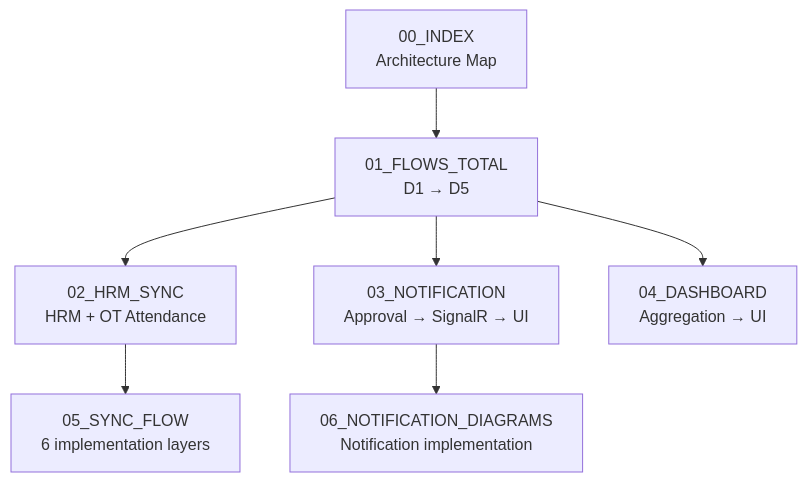
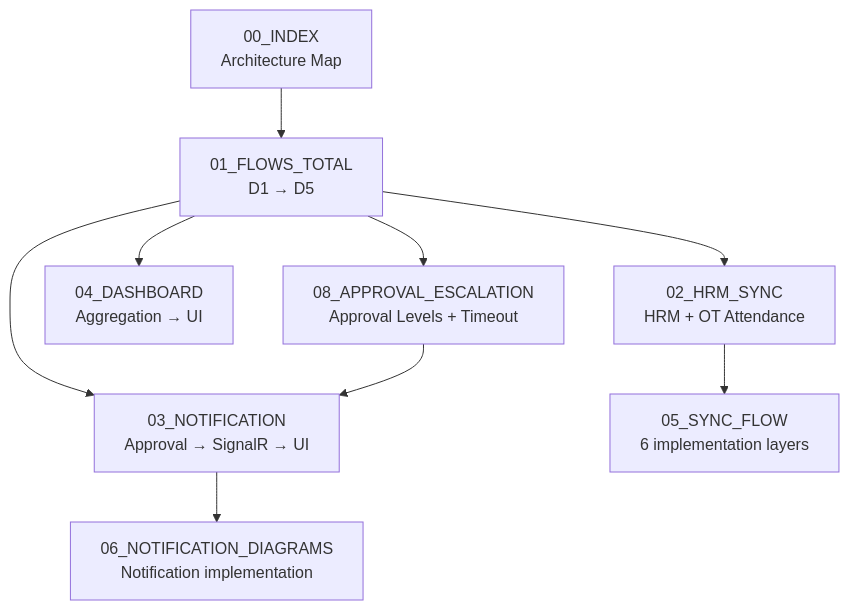
The first of 4 diagrams in MÔ HÌNH/00_INDEX.md (Nang0559/Reggister), drawn with Mermaid before and after one commit. The commit also changed other lines of this file, not shown here.

Commit message:
document approval escalation architecture in index

````diff
--- a/MÔ HÌNH/00_INDEX.md
+++ b/MÔ HÌNH/00_INDEX.md
@@ -9,9 +9,11 @@
 ```mermaid
 flowchart TD
     A[00_INDEX<br/>Architecture Map] --> B[01_FLOWS_TOTAL<br/>D1 → D5]
     B --> C[02_HRM_SYNC<br/>HRM + OT Attendance]
     B --> D[03_NOTIFICATION<br/>Approval → SignalR → UI]
     B --> E[04_DASHBOARD<br/>Aggregation → UI]
-    C --> F[05_SYNC_FLOW<br/>6 implementation layers]
-    D --> G[06_NOTIFICATION_DIAGRAMS<br/>Notification implementation]
+    B --> F[08_APPROVAL_ESCALATION<br/>Approval Levels + Timeout]
+    C --> G[05_SYNC_FLOW<br/>6 implementation layers]
+    D --> H[06_NOTIFICATION_DIAGRAMS<br/>Notification implementation]
+    F --> D
 ```
````
